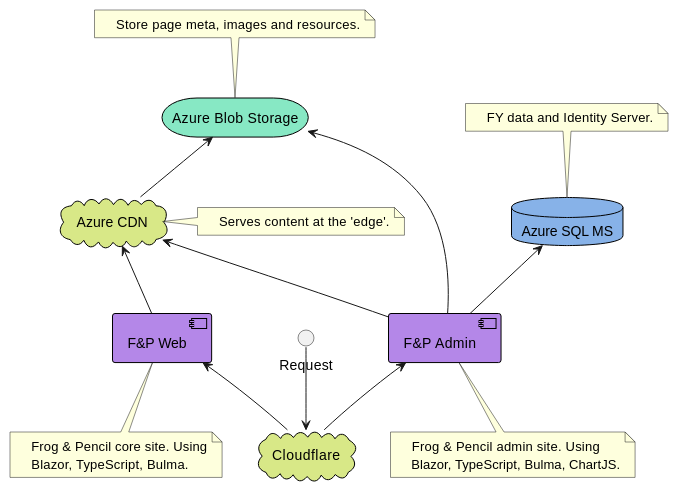
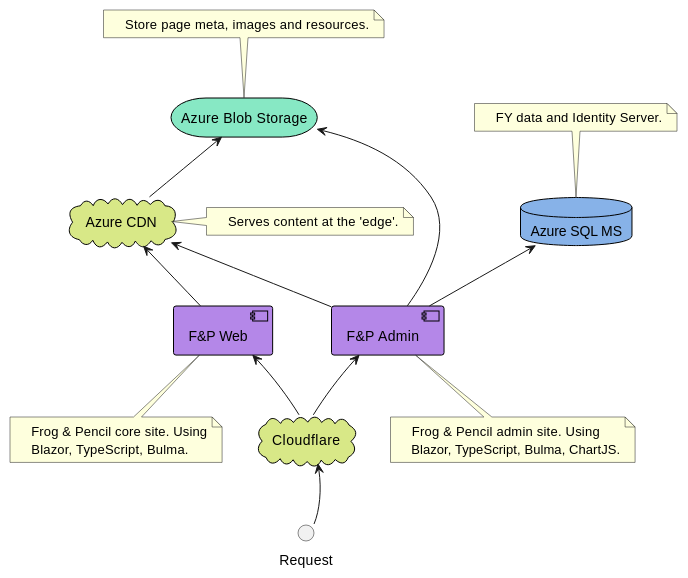
One commit to bearandhammer/knowledge-vault changed the second of 2 diagrams in obsidian-vault/🐸 Frog & Pencil/Architecture Diagram.md. Above: the diagram before and after it, drawn with PlantUML.

Commit message:
Manual change to align request.

````diff
--- a/obsidian-vault/🐸 Frog & Pencil/Architecture Diagram.md
+++ b/obsidian-vault/🐸 Frog & Pencil/Architecture Diagram.md
@@ -33,78 +33,79 @@
 ```plantuml
 <style>
 component {
 	BackgroundColor #b487e8
 	LineThickness 1
 	LineColor black
 }
 cloud {
 	BackgroundColor #d8e887
 	LineThickness 1
 	LineColor black
 }
 database {
 	BackgroundColor #87b2e8
 	LineThickness 1
 	LineColor black
 }
 storage {
 	BackgroundColor #87e8c4
 	LineThickness 1
 	LineColor black
 }
 </style>
 
 storage "Azure Blob Storage" as ABS {
 }
 
 database "Azure SQL MS" as ASMS {
 }
 
 circle Request as REQ
 
 component "F&P Web" as FPW {
 }
 
 cloud "Cloudflare" as CF {
 }
 
 component "F&P Admin" as FPA {
 }
 
 cloud "Azure CDN" as ACDN {
 }
 
 note top of ABS  
     Store page meta, images and resources.
 end note
 
 note bottom of FPW  
     Frog & Pencil core site. Using
     Blazor, TypeScript, Bulma. 
 end note
 
 note bottom of FPA
     Frog & Pencil admin site. Using
     Blazor, TypeScript, Bulma, ChartJS.
 end note
 
 note top of ASMS
     FY data and Identity Server.
 end note
 
 note right of ACDN
     Serves content at the 'edge'.
 end note
 
 ABS <-- ACDN
 ABS <-- FPA
 ACDN <-- FPW
 ACDN <-- FPA
 ASMS <-- FPA
 FPA <-- CF
 CF --> FPW
 REQ --> CF
 
+CF -[hidden]d-> REQ
 FPA -[hidden]-> CF
 FPW -[hidden]-> CF
 ```
````
